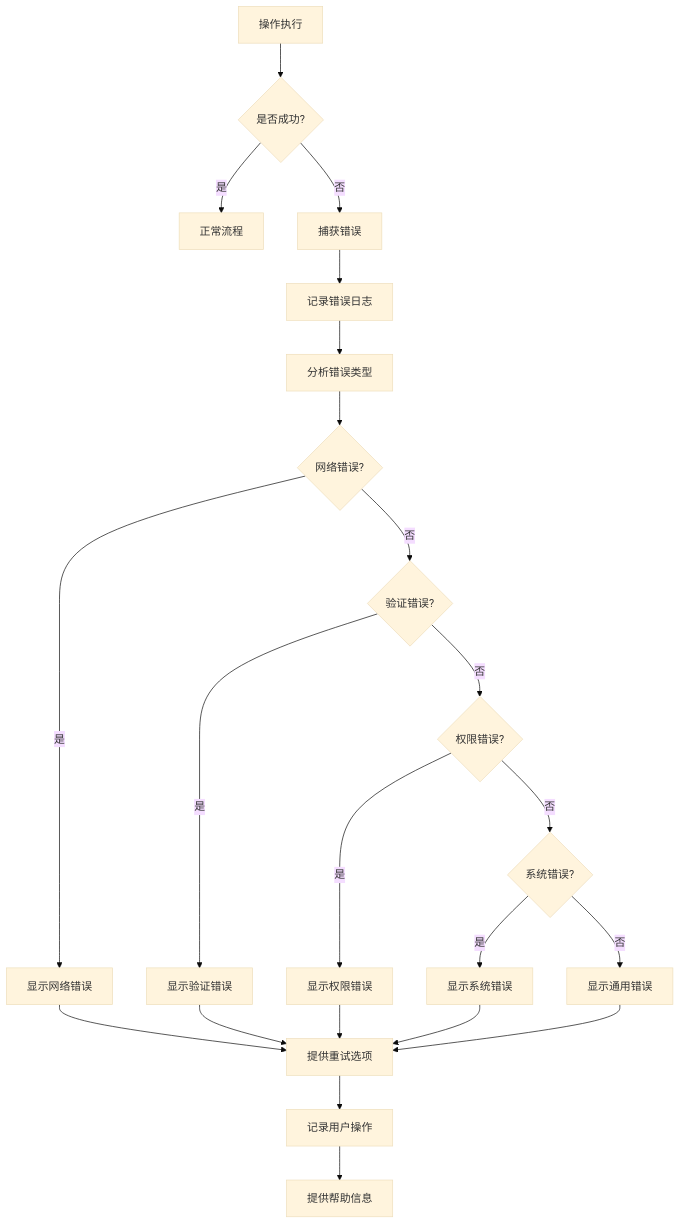
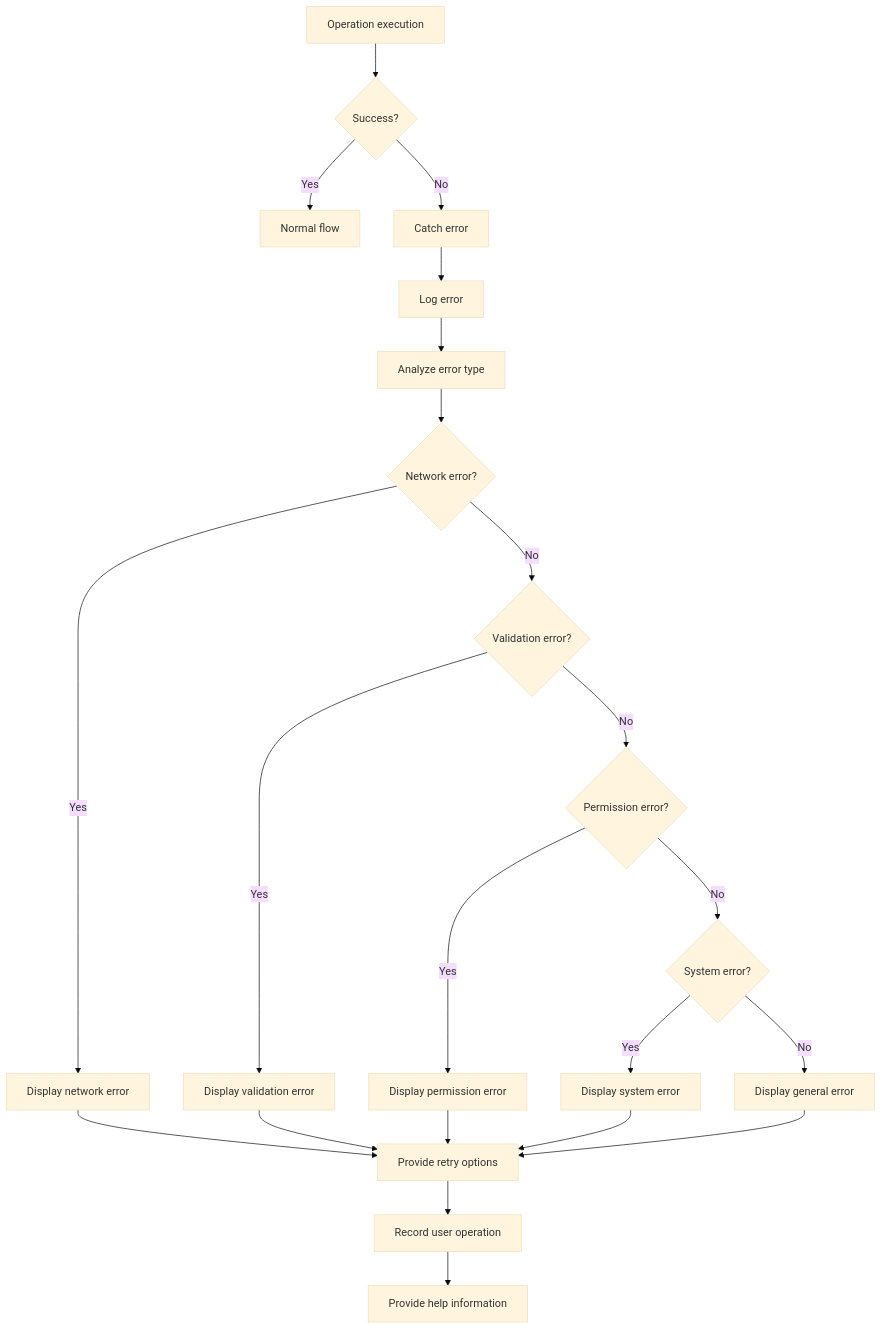
Before and after one commit to CDKStudy/Portfolio_Manager: diagram 15 of 20 in FLOWCHARTS.md, drawn with Mermaid (base theme). The commit also changed other lines of this file, not shown here.

Commit message:
update flowchart

````diff
--- a/FLOWCHARTS.md
+++ b/FLOWCHARTS.md
@@ -357,24 +357,24 @@
 ```mermaid
 flowchart TD
-    A[操作执行] --> B{是否成功?}
-    B -->|是| C[正常流程]
-    B -->|否| D[捕获错误]
-    D --> E[记录错误日志]
-    E --> F[分析错误类型]
-    F --> G{网络错误?}
-    G -->|是| H[显示网络错误]
-    G -->|否| I{验证错误?}
-    I -->|是| J[显示验证错误]
-    I -->|否| K{权限错误?}
-    K -->|是| L[显示权限错误]
-    K -->|否| M{系统错误?}
-    M -->|是| N[显示系统错误]
-    M -->|否| O[显示通用错误]
-    H --> P[提供重试选项]
+    A[Operation execution] --> B{Success?}
+    B -->|Yes| C[Normal flow]
+    B -->|No| D[Catch error]
+    D --> E[Log error]
+    E --> F[Analyze error type]
+    F --> G{Network error?}
+    G -->|Yes| H[Display network error]
+    G -->|No| I{Validation error?}
+    I -->|Yes| J[Display validation error]
+    I -->|No| K{Permission error?}
+    K -->|Yes| L[Display permission error]
+    K -->|No| M{System error?}
+    M -->|Yes| N[Display system error]
+    M -->|No| O[Display general error]
+    H --> P[Provide retry options]
     J --> P
     L --> P
     N --> P
     O --> P
-    P --> Q[记录用户操作]
-    Q --> R[提供帮助信息]
+    P --> Q[Record user operation]
+    Q --> R[Provide help information]
 ```
````
